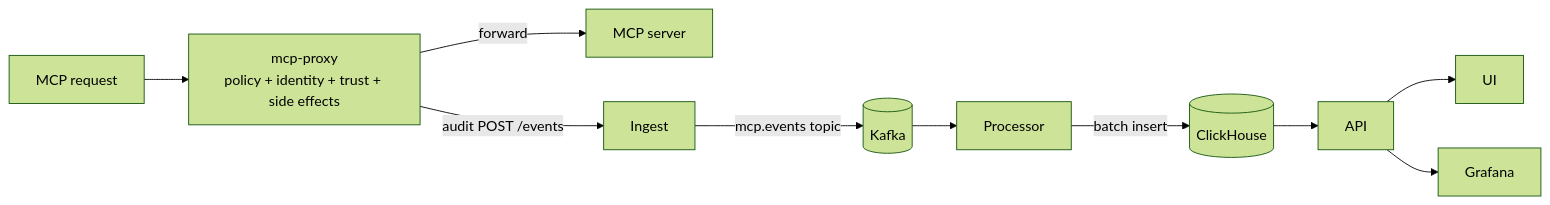
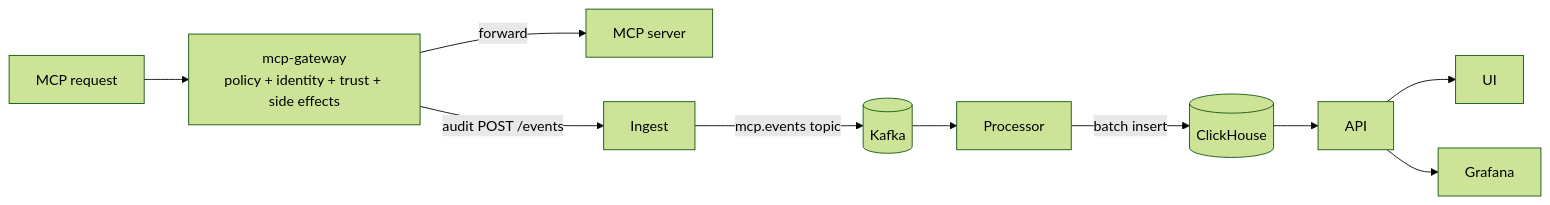
The diagram in docs/sentinel.md (Agent-Hellboy/mcp-runtime), drawn with Mermaid (forest theme) before and after one commit. The commit also changed other lines of this file and 43 other files, not shown here.

````diff
--- a/docs/sentinel.md
+++ b/docs/sentinel.md
@@ -42,12 +42,12 @@
 ```mermaid
 flowchart LR
-    Req[MCP request] --> Proxy[mcp-proxy<br/>policy + identity + trust + side effects]
-    Proxy -->|forward| MCP[MCP server]
-    Proxy -->|audit POST /events| Ingest
+    Req[MCP request] --> Gateway[mcp-gateway<br/>policy + identity + trust + side effects]
+    Gateway -->|forward| MCP[MCP server]
+    Gateway -->|audit POST /events| Ingest
     Ingest -->|mcp.events topic| Kafka[(Kafka)]
     Kafka --> Processor
     Processor -->|batch insert| CH[(ClickHouse)]
     CH --> API
     API --> UI
     API --> Graf[Grafana]
 ```
````
